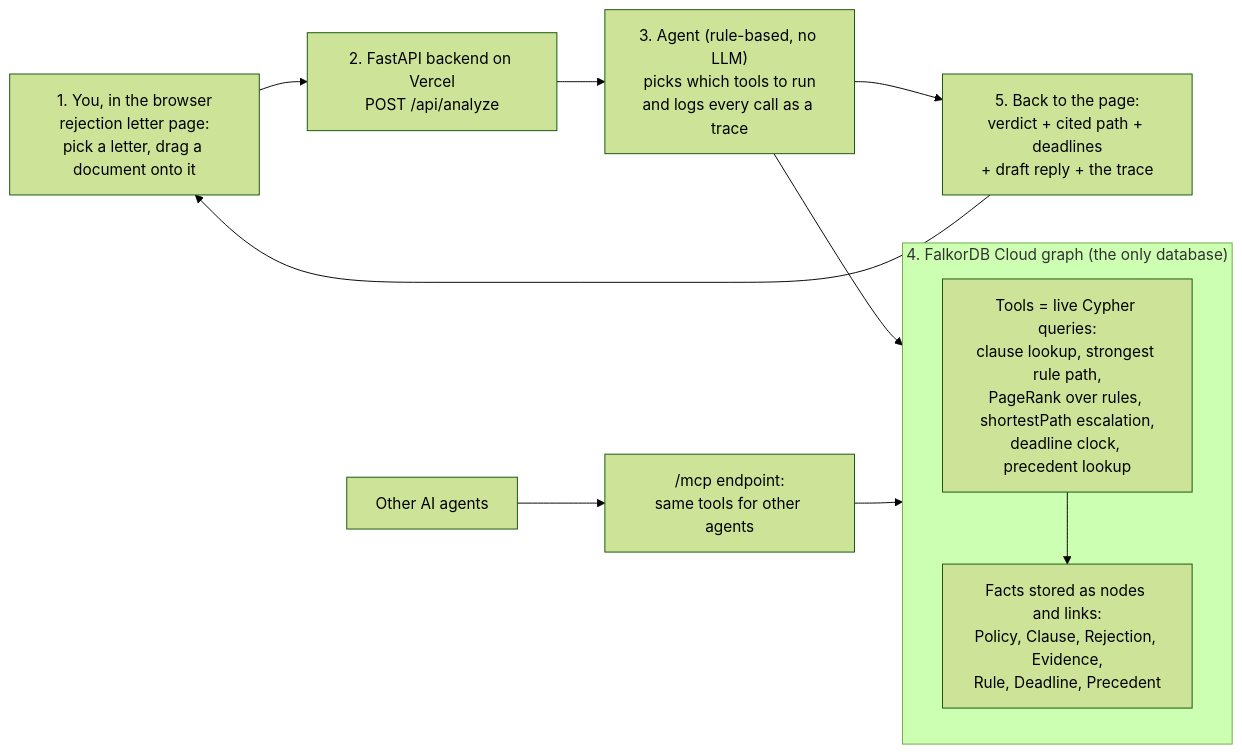
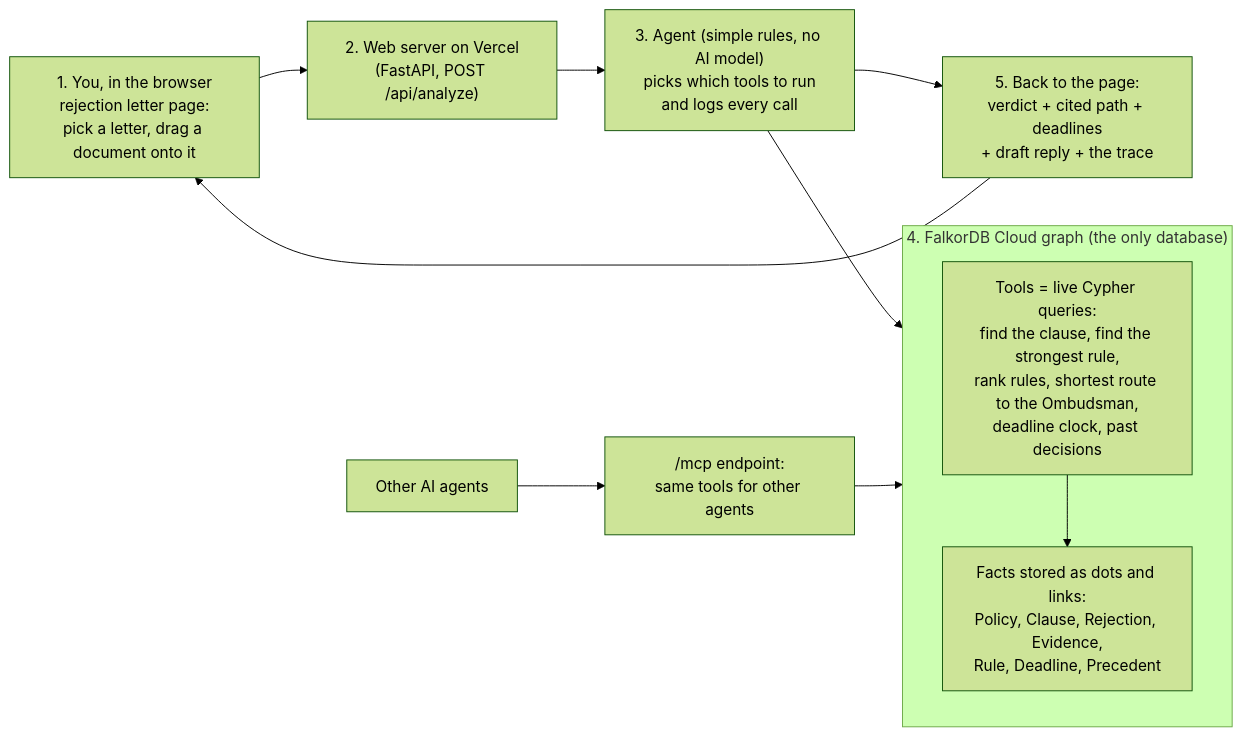
The first of 2 diagrams in README.md (sivaratrisrinivas/claimpath), drawn with Mermaid (forest theme) before and after one commit. The commit also changed other lines of this file and 2 other files, not shown here.

````diff
--- a/README.md
+++ b/README.md
@@ -26,19 +26,19 @@
 ```mermaid
 flowchart LR
   U["1. You, in the browser<br/>rejection letter page:<br/>pick a letter, drag a document onto it"]
-  API["2. FastAPI backend on Vercel<br/>POST /api/analyze"]
-  AG["3. Agent (rule-based, no LLM)<br/>picks which tools to run<br/>and logs every call as a trace"]
+  API["2. Web server on Vercel<br/>(FastAPI, POST /api/analyze)"]
+  AG["3. Agent (simple rules, no AI model)<br/>picks which tools to run<br/>and logs every call"]
   subgraph G["4. FalkorDB Cloud graph (the only database)"]
     direction TB
-    T["Tools = live Cypher queries:<br/>clause lookup, strongest rule path,<br/>PageRank over rules, shortestPath escalation,<br/>deadline clock, precedent lookup"]
-    N["Facts stored as nodes and links:<br/>Policy, Clause, Rejection, Evidence,<br/>Rule, Deadline, Precedent"]
+    T["Tools = live Cypher queries:<br/>find the clause, find the strongest rule,<br/>rank rules, shortest route to the Ombudsman,<br/>deadline clock, past decisions"]
+    N["Facts stored as dots and links:<br/>Policy, Clause, Rejection, Evidence,<br/>Rule, Deadline, Precedent"]
     T --> N
   end
   OUT["5. Back to the page:<br/>verdict + cited path + deadlines<br/>+ draft reply + the trace"]
   MCP["/mcp endpoint:<br/>same tools for other agents"]
   O["Other AI agents"]
 
   U --> API --> AG --> T
   AG --> OUT --> U
   O --> MCP --> T
 ```
````
